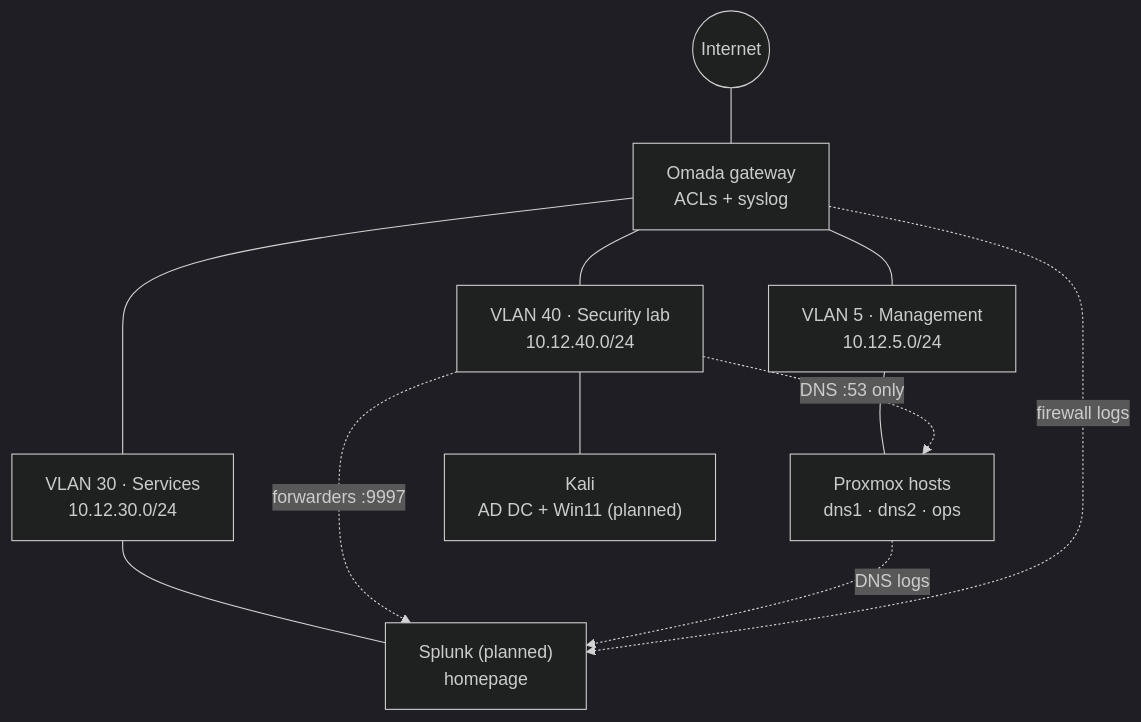
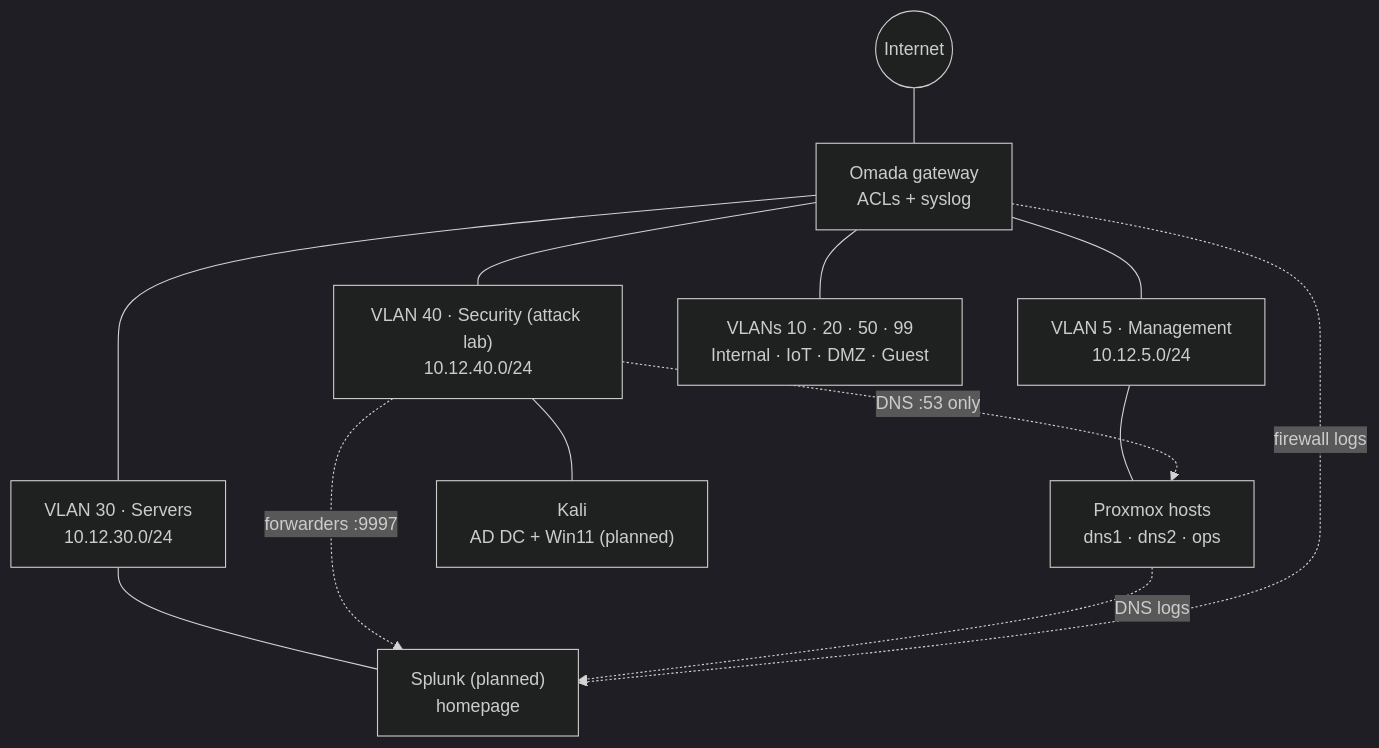
The second of 2 diagrams in README.md (J-DeMarzo/enterprise-homelab), drawn with Mermaid (dark theme) before and after one commit. The commit also changed other lines of this file and 6 other files, not shown here.

````diff
--- a/README.md
+++ b/README.md
@@ -28,17 +28,18 @@
 ```mermaid
 flowchart TB
     internet((Internet)) --- gw["Omada gateway<br/>ACLs + syslog"]
 
     gw --- mgmt["VLAN 5 · Management<br/>10.12.5.0/24"]
-    gw --- svc["VLAN 30 · Services<br/>10.12.30.0/24"]
-    gw --- lab["VLAN 40 · Security lab<br/>10.12.40.0/24"]
+    gw --- svc["VLAN 30 · Servers<br/>10.12.30.0/24"]
+    gw --- lab["VLAN 40 · Security (attack lab)<br/>10.12.40.0/24"]
+    gw --- other["VLANs 10 · 20 · 50 · 99<br/>Internal · IoT · DMZ · Guest"]
 
     mgmt --- m1["Proxmox hosts<br/>dns1 · dns2 · ops"]
     svc --- s1["Splunk (planned)<br/>homepage"]
     lab --- l1["Kali<br/>AD DC + Win11 (planned)"]
 
     lab -. "forwarders :9997" .-> s1
     lab -. "DNS :53 only" .-> m1
     m1 -. "DNS logs" .-> s1
     gw -. "firewall logs" .-> s1
 ```
````
